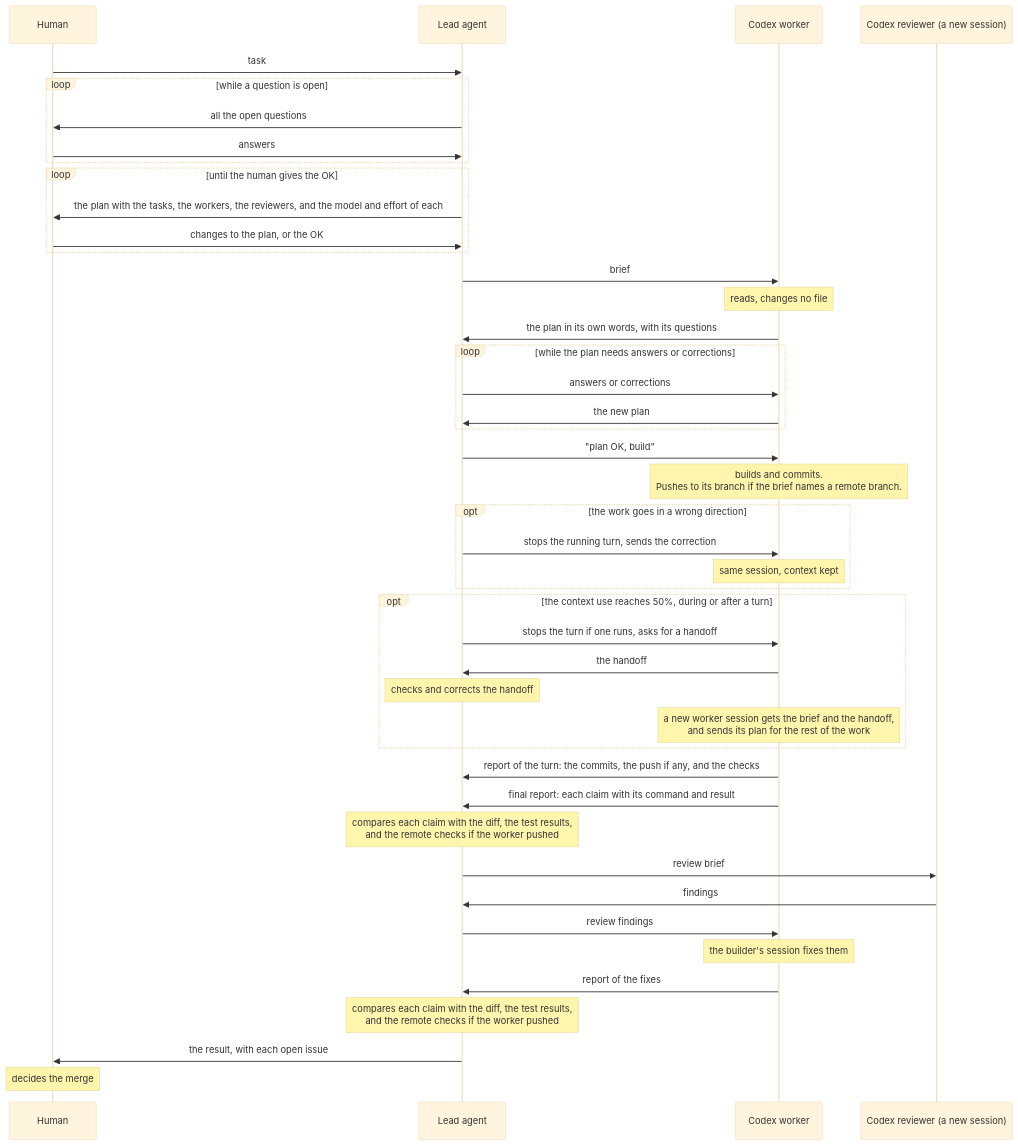
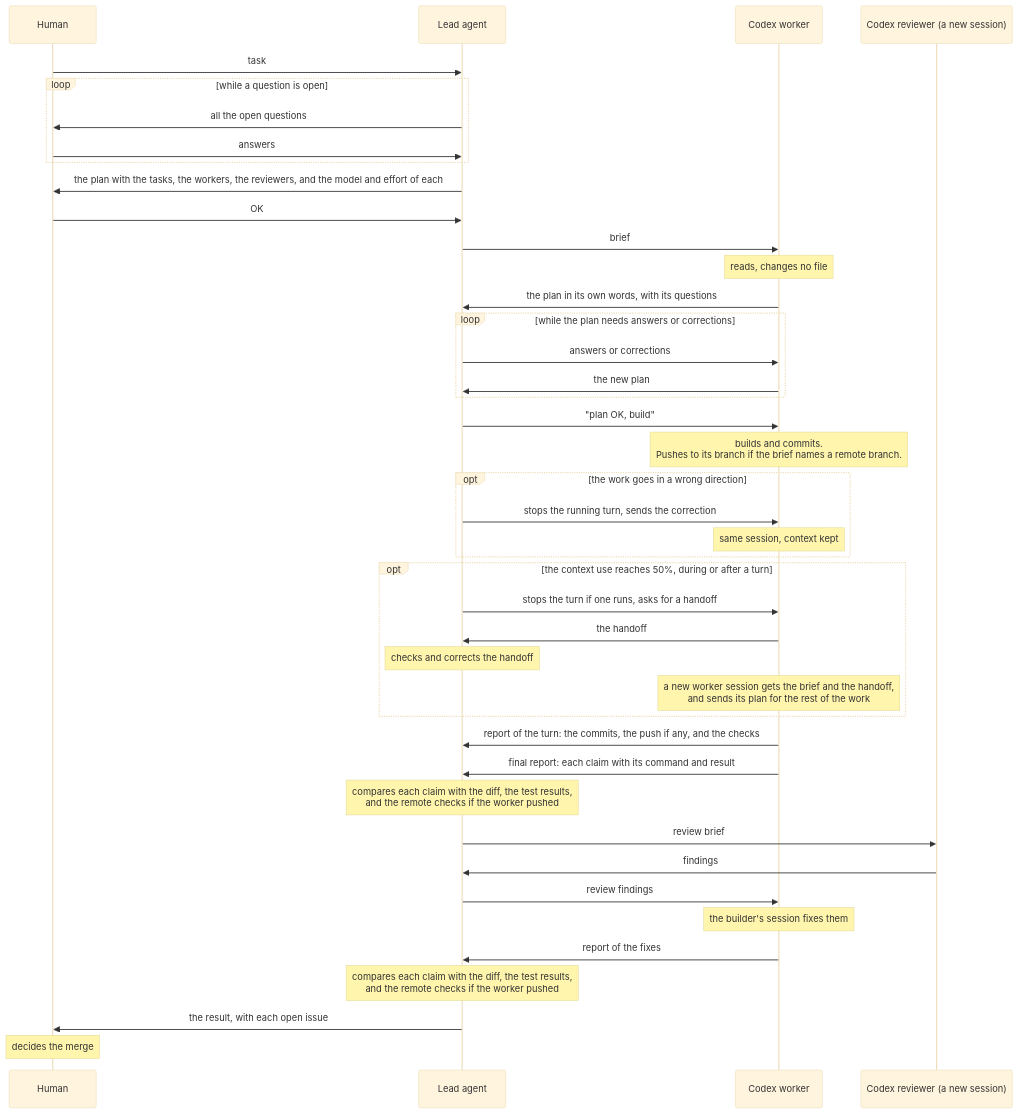
One commit to binhle312/cty1ng changed the second of 2 diagrams in .agents/skills/leader/GUIDE.md. Above: the diagram before and after it, drawn with Mermaid (base theme). The commit also changed 1 other file, not shown here.

Commit message:
Record the revision 7 test and approval, and simplify the plan turn
The plan's test paragraph now names the clear-goal run that tells the
old and new text apart; the goal with gaps did not. Revision 7 gets an
approval line, and the old stage list points to it. The turn diagram
shows the plan and the owner's OK, as SKILL.md says.

````diff
--- a/.agents/skills/leader/GUIDE.md
+++ b/.agents/skills/leader/GUIDE.md
@@ -100,47 +100,45 @@
 ```mermaid
 sequenceDiagram
   participant H as Human
   participant L as Lead agent
   participant W as Codex worker
   participant R as Codex reviewer (a new session)
 
   H->>L: task
   loop while a question is open
     L->>H: all the open questions
     H->>L: answers
   end
-  loop until the human gives the OK
-    L->>H: the plan with the tasks, the workers, the reviewers, and the model and effort of each
-    H->>L: changes to the plan, or the OK
-  end
+  L->>H: the plan with the tasks, the workers, the reviewers, and the model and effort of each
+  H->>L: OK
   L->>W: brief
   Note over W: reads, changes no file
   W->>L: the plan in its own words, with its questions
   loop while the plan needs answers or corrections
     L->>W: answers or corrections
     W->>L: the new plan
   end
   L->>W: "plan OK, build"
   Note over W: builds and commits.<br/>Pushes to its branch if the brief names a remote branch.
   opt the work goes in a wrong direction
     L->>W: stops the running turn, sends the correction
     Note over W: same session, context kept
   end
   opt the context use reaches 50%, during or after a turn
     L->>W: stops the turn if one runs, asks for a handoff
     W->>L: the handoff
     Note over L: checks and corrects the handoff
     Note over W: a new worker session gets the brief and the handoff,<br/>and sends its plan for the rest of the work
   end
   W->>L: report of the turn: the commits, the push if any, and the checks
   W->>L: final report: each claim with its command and result
   Note over L: compares each claim with the diff, the test results,<br/>and the remote checks if the worker pushed
   L->>R: review brief
   R->>L: findings
   L->>W: review findings
   Note over W: the builder's session fixes them
   W->>L: report of the fixes
   Note over L: compares each claim with the diff, the test results,<br/>and the remote checks if the worker pushed
   L->>H: the result, with each open issue
   Note over H: decides the merge
 ```
````
